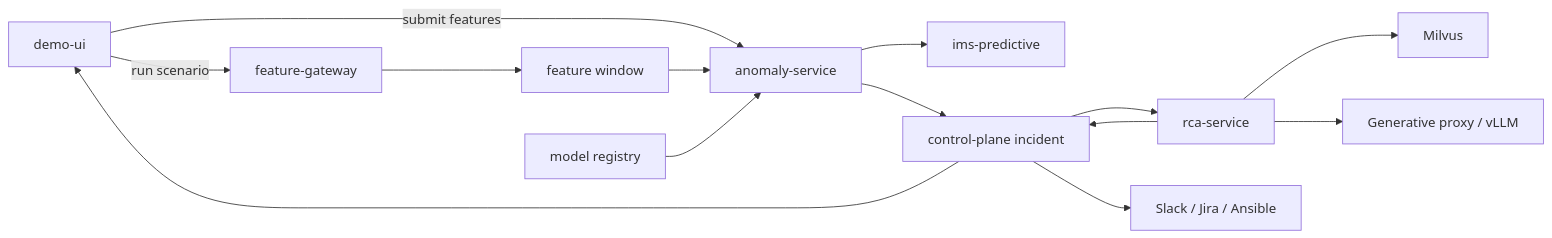
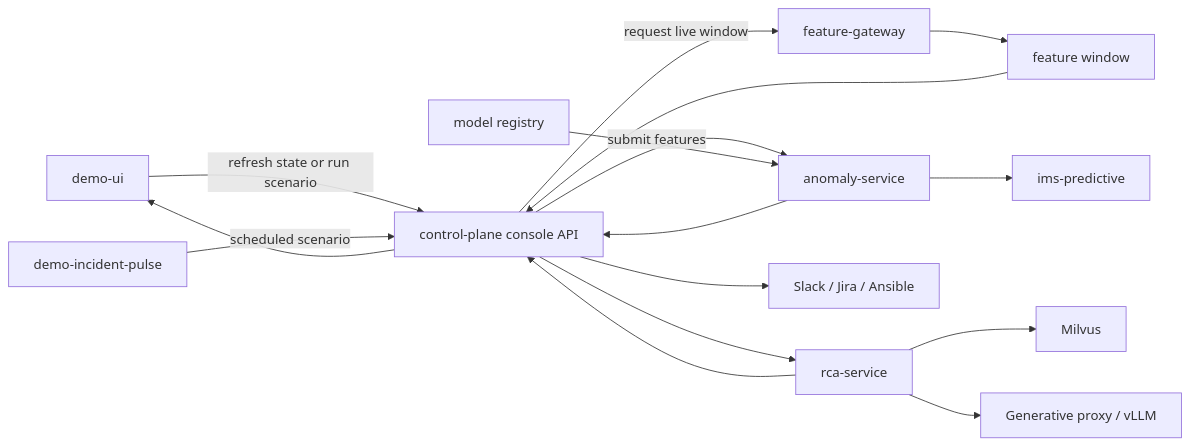
One commit to rh-telco-tigers/Autonomous-Network-Intelligence-Anomaly-Detection-with-Red-Hat-OpenShift-AI changed the third of 4 diagrams in docs/architecture/engineering-spec.md. Above: the diagram before and after it, drawn with Mermaid. The commit also changed other lines of this file and 7 other files, not shown here.

First line of the commit message:
Automate the live console demo cadence

````diff
--- a/docs/architecture/engineering-spec.md
+++ b/docs/architecture/engineering-spec.md
@@ -148,28 +151,31 @@
 ```mermaid
 flowchart LR
   UI["demo-ui"]
+  Pulse["demo-incident-pulse"]
+  CP["control-plane console API"]
   FG["feature-gateway"]
   Window["feature window"]
   AN["anomaly-service"]
   Registry["model registry"]
   KServe["ims-predictive"]
-  CP["control-plane incident"]
   RCA["rca-service"]
   Milvus["Milvus"]
   LLM["Generative proxy / vLLM"]
   Actions["Slack / Jira / Ansible"]
 
-  UI -->|run scenario| FG
+  UI -->|refresh state or run scenario| CP
+  Pulse -->|scheduled scenario| CP
+  CP -->|request live window| FG
   FG --> Window
-  UI -->|submit features| AN
-  Window --> AN
+  Window --> CP
+  CP -->|submit features| AN
   Registry --> AN
   AN --> KServe
   AN --> CP
   CP --> RCA
   RCA --> Milvus
   RCA --> LLM
   RCA --> CP
   CP --> UI
   CP --> Actions
 ```
````
